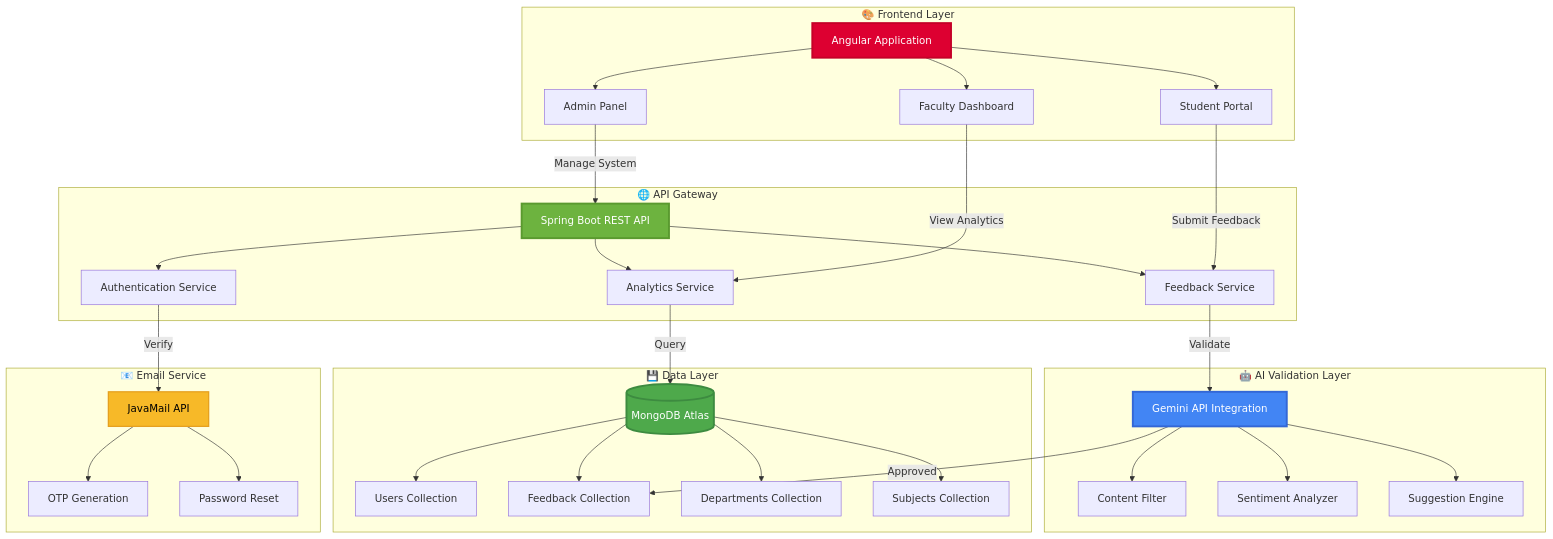
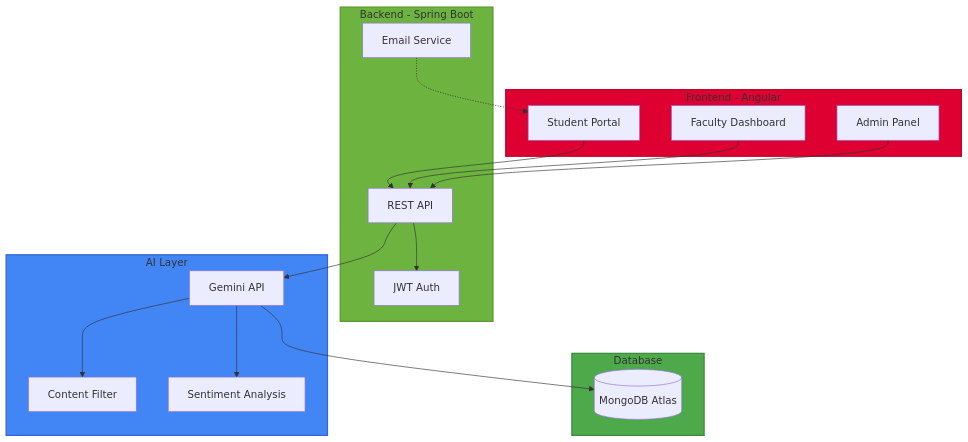
One commit to ALLURIABISHEK/KJC-VOX changed the fifth of 6 diagrams in README.md. Above: the diagram before and after it, drawn with Mermaid. The commit also changed other lines of this file, not shown here.

````diff
--- a/README.md
+++ b/README.md
@@ -349,66 +615,39 @@
 ```mermaid
-graph TB
-    subgraph "🎨 Frontend Layer"
-        A[Angular Application]
+flowchart TB
+    subgraph Frontend[Frontend - Angular]
         A1[Student Portal]
         A2[Faculty Dashboard]
         A3[Admin Panel]
-        A --> A1
-        A --> A2
-        A --> A3
     end
     
-    subgraph "🌐 API Gateway"
-        B[Spring Boot REST API]
-        B1[Authentication Service]
-        B2[Feedback Service]
-        B3[Analytics Service]
-        B --> B1
-        B --> B2
-        B --> B3
+    subgraph Backend[Backend - Spring Boot]
+        B1[REST API]
+        B2[JWT Auth]
+        B3[Email Service]
     end
     
-    subgraph "🤖 AI Validation Layer"
-        C[Gemini API Integration]
-        C1[Content Filter]
-        C2[Sentiment Analyzer]
-        C3[Suggestion Engine]
-        C --> C1
-        C --> C2
-        C --> C3
+    subgraph AI[AI Layer]
+        C1[Gemini API]
+        C2[Content Filter]
+        C3[Sentiment Analysis]
     end
     
-    subgraph "💾 Data Layer"
-        D[(MongoDB Atlas)]
-        D1[Users Collection]
-        D2[Feedback Collection]
-        D3[Departments Collection]
-        D4[Subjects Collection]
-        D --> D1
-        D --> D2
-        D --> D3
-        D --> D4
+    subgraph Database[Database]
+        D1[(MongoDB Atlas)]
     end
     
-    subgraph "📧 Email Service"
-        E[JavaMail API]
-        E1[OTP Generation]
-        E2[Password Reset]
-        E --> E1
-        E --> E2
-    end
+    A1 --> B1
+    A2 --> B1
+    A3 --> B1
+    B1 --> B2
+    B1 --> C1
+    C1 --> C2
+    C1 --> C3
+    C1 --> D1
+    B3 -.-> A1
     
-    A1 -->|Submit Feedback| B2
-    A2 -->|View Analytics| B3
-    A3 -->|Manage System| B
-    B1 -->|Verify| E
-    B2 -->|Validate| C
-    C -->|Approved| D2
-    B3 -->|Query| D
-    
-    style A fill:#DD0031,stroke:#C50028,stroke-width:3px,color:#fff
-    style B fill:#6DB33F,stroke:#5A9A2F,stroke-width:3px,color:#fff
-    style C fill:#4285F4,stroke:#3367D6,stroke-width:3px,color:#fff
-    style D fill:#4EA94B,stroke:#3D8B40,stroke-width:3px,color:#fff
-    style E fill:#F7B928,stroke:#E5A020,stroke-width:2px,color:#000
+    style Frontend fill:#DD0031,stroke:#C50028,stroke-width:2px
+    style Backend fill:#6DB33F,stroke:#5A9A2F,stroke-width:2px
+    style AI fill:#4285F4,stroke:#3367D6,stroke-width:2px
+    style Database fill:#4EA94B,stroke:#3D8B40,stroke-width:2px
 ```
````
